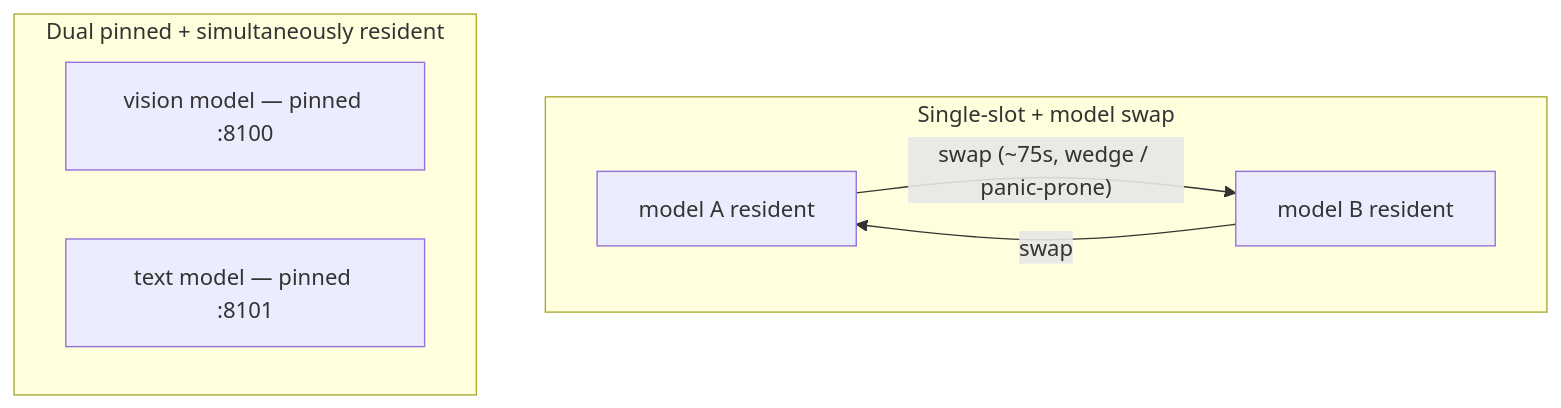
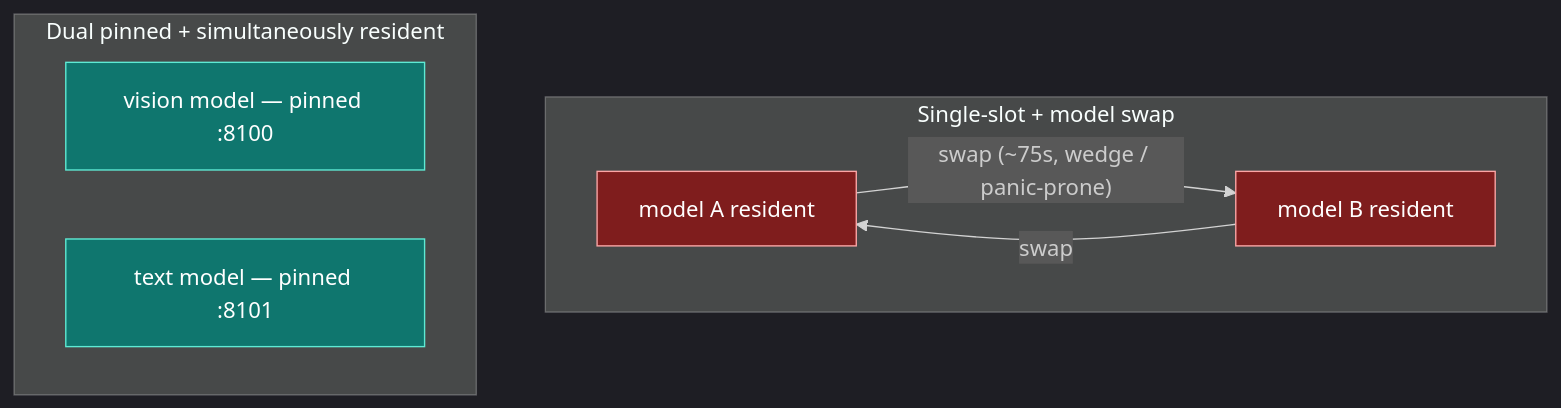
The diagram in inference/README.md (MajKong7/case-studies), drawn with Mermaid before and after one commit.

````diff
--- a/inference/README.md
+++ b/inference/README.md
@@ -23,11 +23,16 @@
 ```mermaid
+%%{init: {'theme':'dark'}}%%
 flowchart TB
   subgraph Before["Single-slot + model swap"]
     M1["model A resident"] -->|"swap (~75s, wedge / panic-prone)"| M2["model B resident"]
     M2 -->|swap| M1
   end
   subgraph After["Dual pinned + simultaneously resident"]
     V["vision model — pinned :8100"]
     T["text model — pinned :8101"]
   end
+  classDef good fill:#0f766e,stroke:#5eead4,color:#ffffff;
+  classDef bad fill:#7f1d1d,stroke:#fca5a5,color:#ffffff;
+  class V,T good
+  class M1,M2 bad
 ```
````
